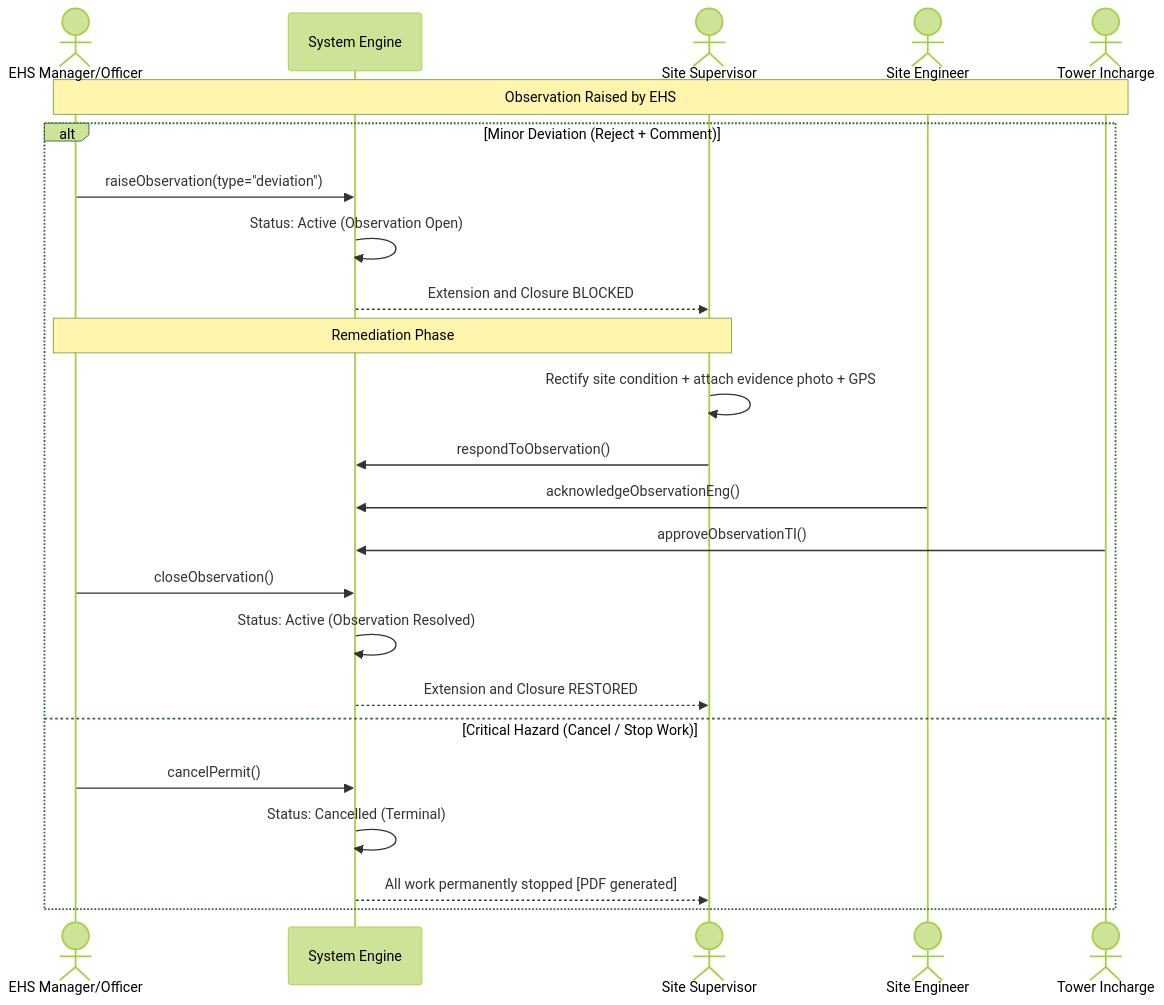
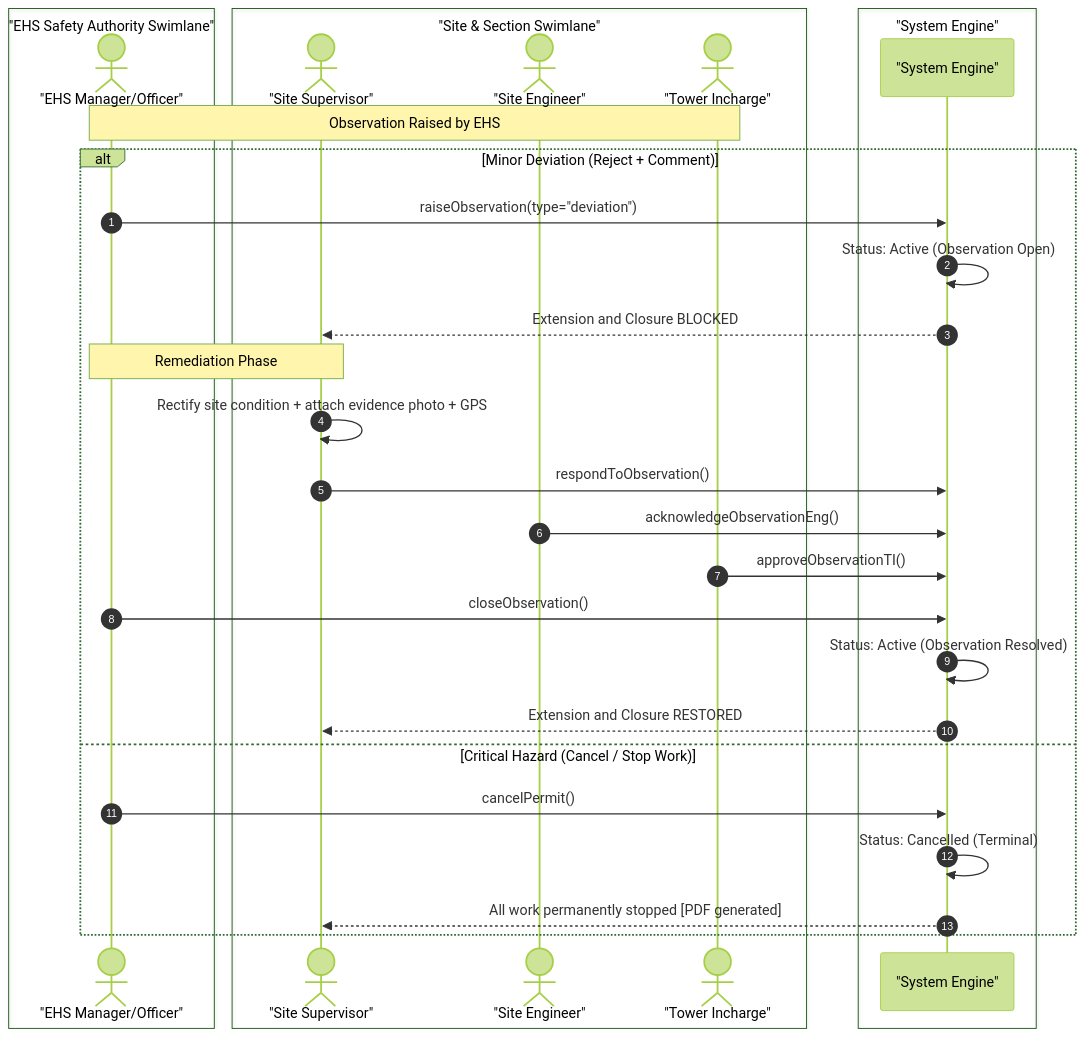
Before and after one commit to AuroGroupAutomationBot/ARPL-EHS-Demo: diagram 31 of 41 in README.md, drawn with Mermaid (forest theme). The commit also changed other lines of this file and 7 other files, not shown here.

````diff
--- a/README.md
+++ b/README.md
@@ -2313,27 +2548,34 @@
 ```mermaid
 sequenceDiagram
-    actor EHS as EHS Manager/Officer
-    participant SYS as System Engine
-    actor SS as Site Supervisor
-    actor SE as Site Engineer
-    actor TI as Tower Incharge
+    autonumber
+    box "EHS Safety Authority Swimlane"
+        actor EHS as "EHS Manager/Officer"
+    end
+    box "Site & Section Swimlane"
+        actor SS as "Site Supervisor"
+        actor SE as "Site Engineer"
+        actor TI as "Tower Incharge"
+    end
+    box "System Engine"
+        participant SYS as "System Engine"
+    end
 
     Note over EHS,TI: Observation Raised by EHS
     alt Minor Deviation (Reject + Comment)
         EHS->>SYS: raiseObservation(type="deviation")
         SYS->>SYS: Status: Active (Observation Open)
         SYS-->>SS: Extension and Closure BLOCKED
         Note over SS,EHS: Remediation Phase
         SS->>SS: Rectify site condition + attach evidence photo + GPS
         SS->>SYS: respondToObservation()
         SE->>SYS: acknowledgeObservationEng()
         TI->>SYS: approveObservationTI()
         EHS->>SYS: closeObservation()
         SYS->>SYS: Status: Active (Observation Resolved)
         SYS-->>SS: Extension and Closure RESTORED
     else Critical Hazard (Cancel / Stop Work)
         EHS->>SYS: cancelPermit()
         SYS->>SYS: Status: Cancelled (Terminal)
         SYS-->>SS: All work permanently stopped [PDF generated]
     end
 ```
````
